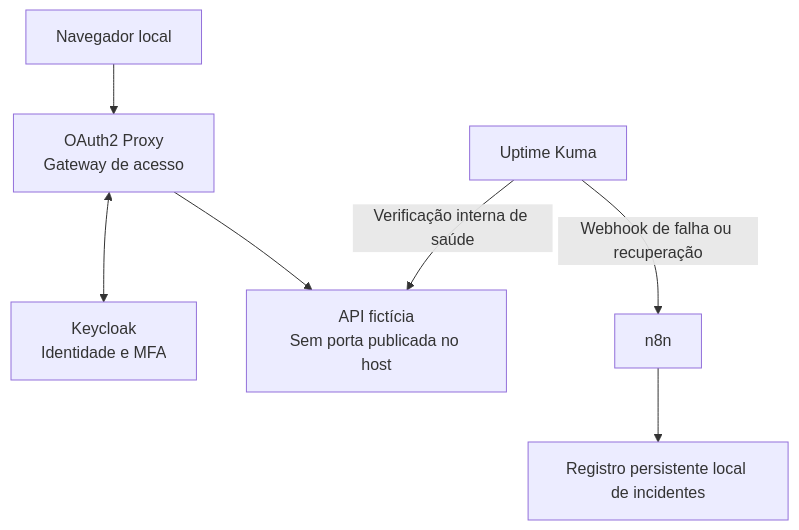
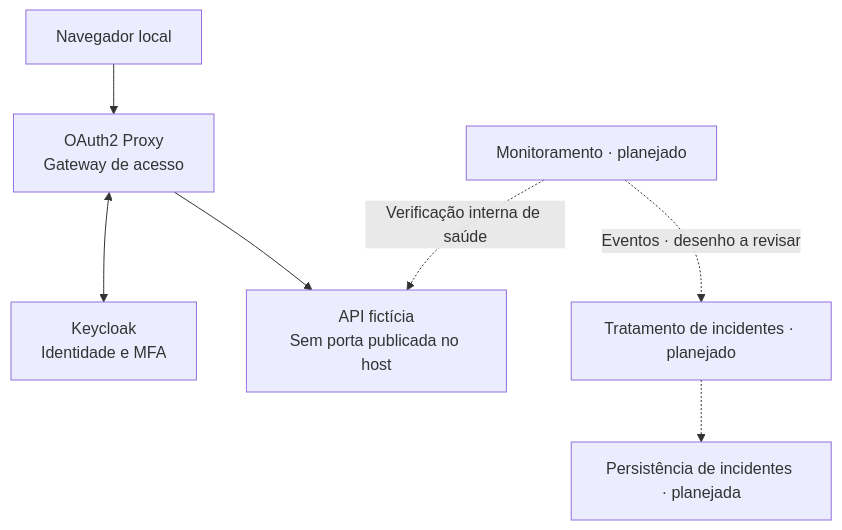
The diagram in README.md (analiceleite/secure_ops_lab), drawn with Mermaid before and after one commit. The commit also changed other lines of this file and 11 other files, not shown here.

````diff
--- a/README.md
+++ b/README.md
@@ -40,9 +40,9 @@
 ```mermaid
 flowchart TD
     browser[Navegador local] --> gateway[OAuth2 Proxy\nGateway de acesso]
     gateway <--> identity[Keycloak\nIdentidade e MFA]
     gateway --> api[API fictícia\nSem porta publicada no host]
-    monitor[Uptime Kuma] -->|Verificação interna de saúde| api
-    monitor -->|Webhook de falha ou recuperação| automation[n8n]
-    automation --> incidents[Registro persistente local de incidentes]
+    monitor[Monitoramento · planejado] -.->|Verificação interna de saúde| api
+    monitor -.->|Eventos · desenho a revisar| automation[Tratamento de incidentes · planejado]
+    automation -.-> incidents[Persistência de incidentes · planejada]
 ```
````
